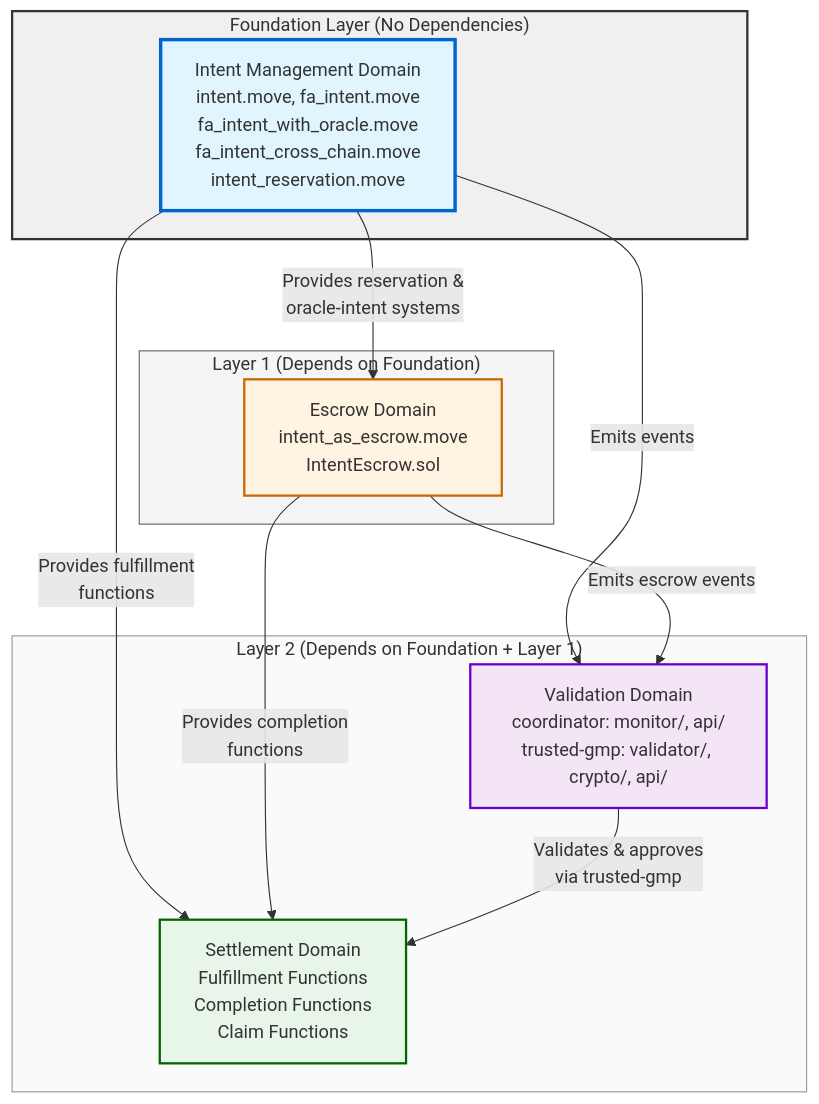
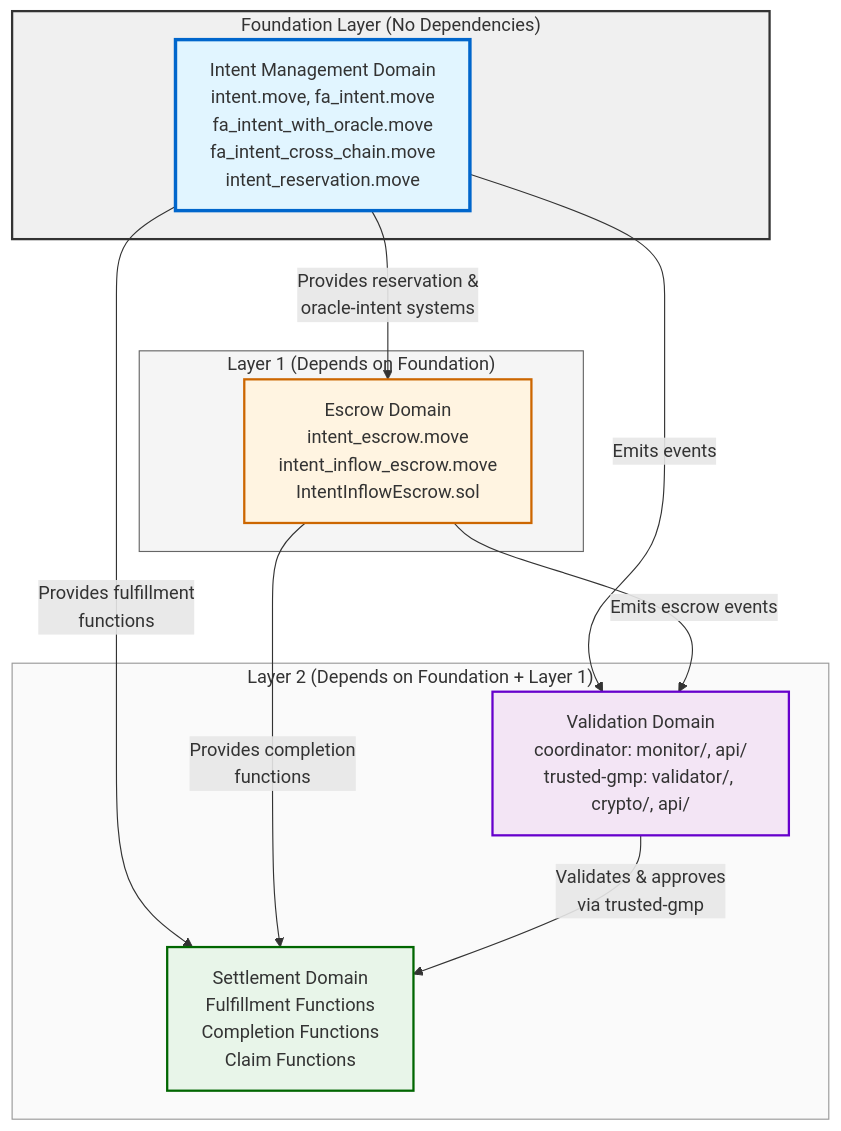
One commit to MoveIndustries/int3nts changed the first of 2 diagrams in docs/architecture/architecture-component-mapping.md. Above: the diagram before and after it, drawn with Mermaid. The commit also changed other lines of this file and 62 other files, not shown here.

````diff
--- a/docs/architecture/architecture-component-mapping.md
+++ b/docs/architecture/architecture-component-mapping.md
@@ -16,30 +16,30 @@
 ```mermaid
 graph TB
     subgraph Foundation["Foundation Layer (No Dependencies)"]
         IM[Intent Management Domain<br/>intent.move, fa_intent.move<br/>fa_intent_with_oracle.move<br/>fa_intent_cross_chain.move<br/>intent_reservation.move]
     end
     
     subgraph Layer1["Layer 1 (Depends on Foundation)"]
-        EM[Escrow Domain<br/>intent_as_escrow.move<br/>IntentEscrow.sol]
+        EM[Escrow Domain<br/>intent_escrow.move<br/>intent_inflow_escrow.move<br/>IntentInflowEscrow.sol]
     end
     
     subgraph Layer2["Layer 2 (Depends on Foundation + Layer 1)"]
         SM[Settlement Domain<br/>Fulfillment Functions<br/>Completion Functions<br/>Claim Functions]
         VM[Validation Domain<br/>coordinator: monitor/, api/<br/>trusted-gmp: validator/, crypto/, api/]
     end
     
     IM -->|Provides reservation &<br/>oracle-intent systems| EM
     IM -->|Provides fulfillment<br/>functions| SM
     IM -->|Emits events| VM
     EM -->|Provides completion<br/>functions| SM
     EM -->|Emits escrow events| VM
     VM -->|Validates & approves<br/>via trusted-gmp| SM
     
     style IM fill:#e1f5ff,stroke:#0066cc,stroke-width:3px,color:#333
     style EM fill:#fff4e1,stroke:#cc6600,stroke-width:2px,color:#333
     style SM fill:#e8f5e9,stroke:#006600,stroke-width:2px,color:#333
     style VM fill:#f3e5f5,stroke:#6600cc,stroke-width:2px,color:#333
     style Foundation fill:#f0f0f0,stroke:#333,stroke-width:2px,color:#333
     style Layer1 fill:#f5f5f5,stroke:#666,stroke-width:1px,color:#333
     style Layer2 fill:#fafafa,stroke:#999,stroke-width:1px,color:#333
 ```
````
